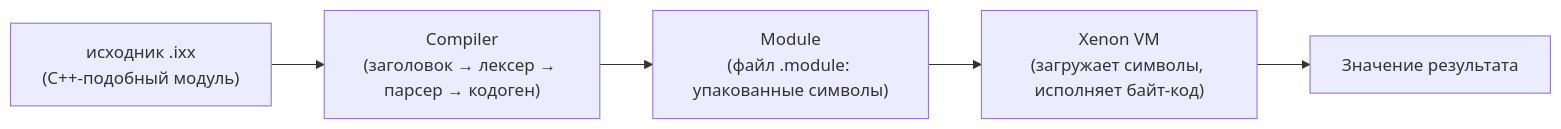
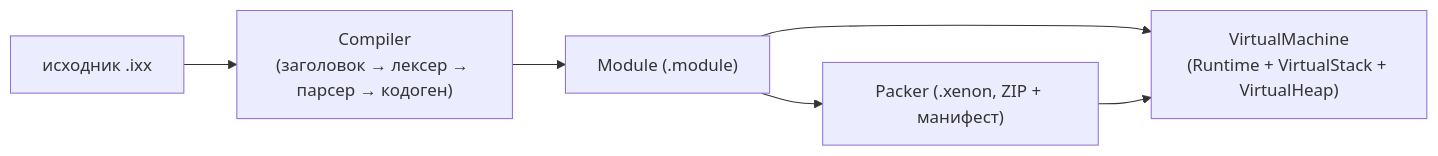
One commit to ToshiNamura/XenonCLI changed the diagram in Readme.md. Above: the diagram before and after it, drawn with Mermaid. The commit also changed other lines of this file and 71 other files, not shown here.

````diff
--- a/Readme.md
+++ b/Readme.md
@@ -15,7 +13,8 @@
 ```mermaid
 flowchart LR
-    SRC["исходник .ixx<br/>(C++-подобный модуль)"] --> COMP["Compiler<br/>(заголовок → лексер → парсер → кодоген)"]
-    COMP --> MOD["Module<br/>(файл .module: упакованные символы)"]
-    MOD --> VM["Xenon VM<br/>(загружает символы, исполняет байт-код)"]
-    VM --> RES["Значение результата"]
+    SRC["исходник .ixx"] --> COMP["Compiler<br/>(заголовок → лексер → парсер → кодоген)"]
+    COMP --> MOD["Module (.module)"]
+    MOD --> VM["VirtualMachine<br/>(Runtime + VirtualStack + VirtualHeap)"]
+    MOD --> PACK["Packer (.xenon, ZIP + манифест)"]
+    PACK --> VM
 ```
````
